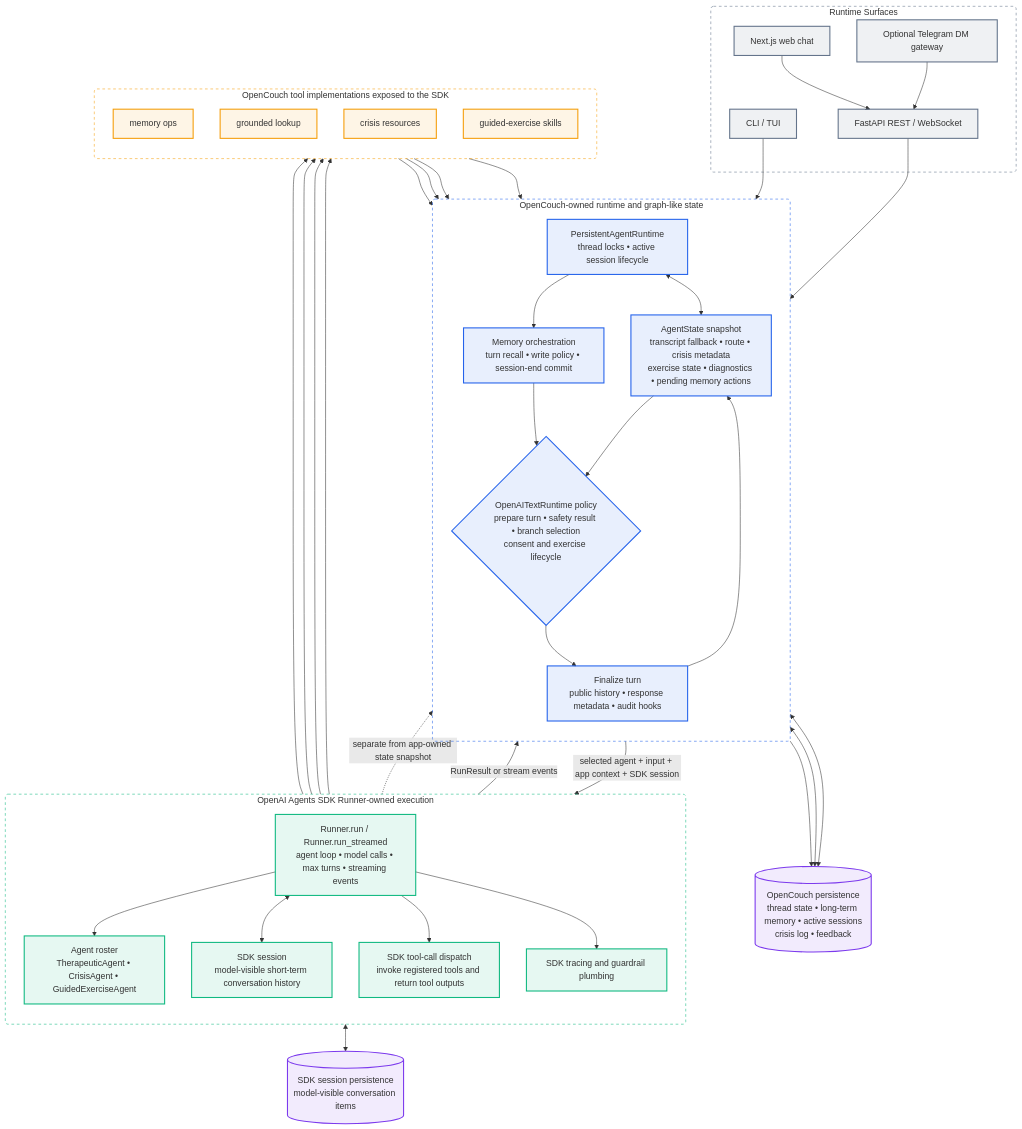
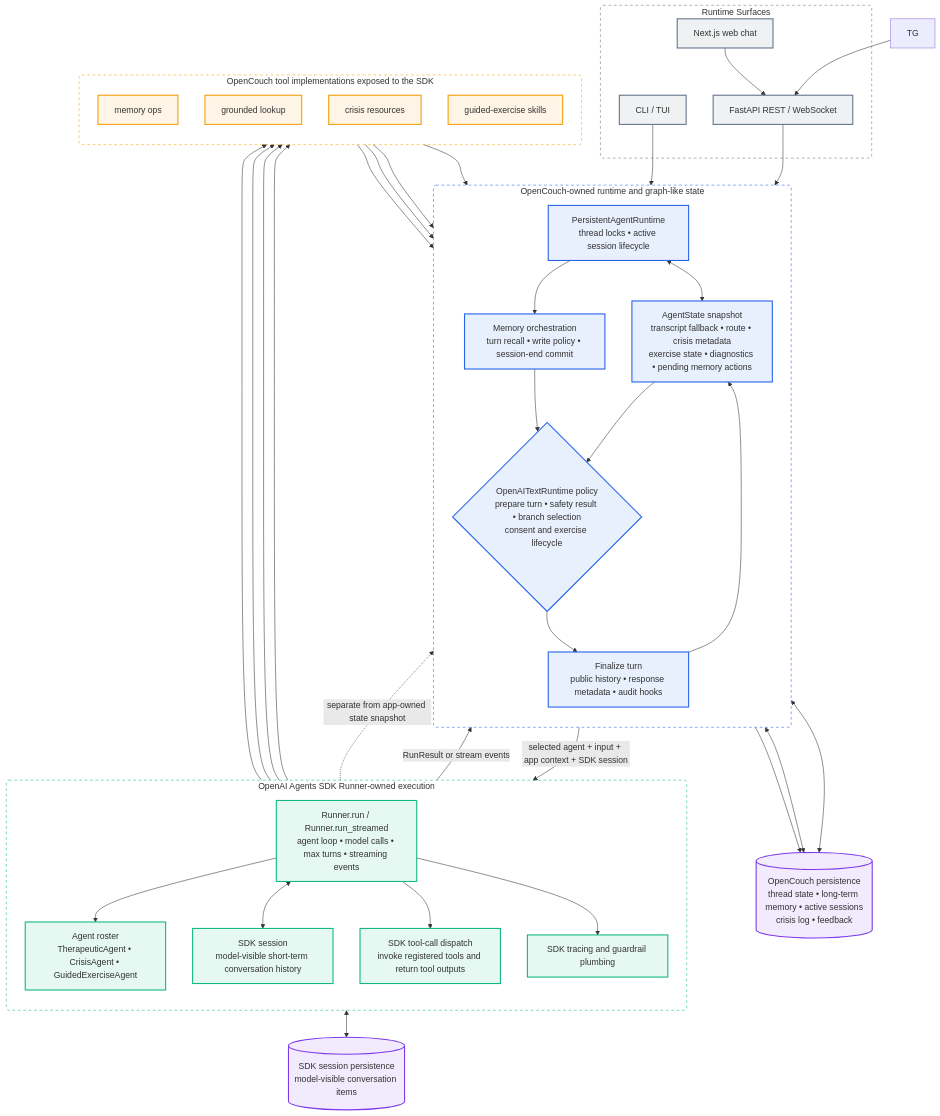
Before and after one commit to whanyu1212/OpenCouch: the diagram in README.md, drawn with Mermaid. The commit also changed other lines of this file and 8 other files, not shown here.

```diff
--- a/README.md
+++ b/README.md
@@ -234,7 +207,6 @@
     subgraph SURF ["Runtime Surfaces"]
         CLI["CLI / TUI"]:::surfaceNode
         WEB["Next.js web chat"]:::surfaceNode
-        TG["Optional Telegram DM gateway"]:::surfaceNode
         API["FastAPI REST / WebSocket"]:::surfaceNode
     end
 
```
